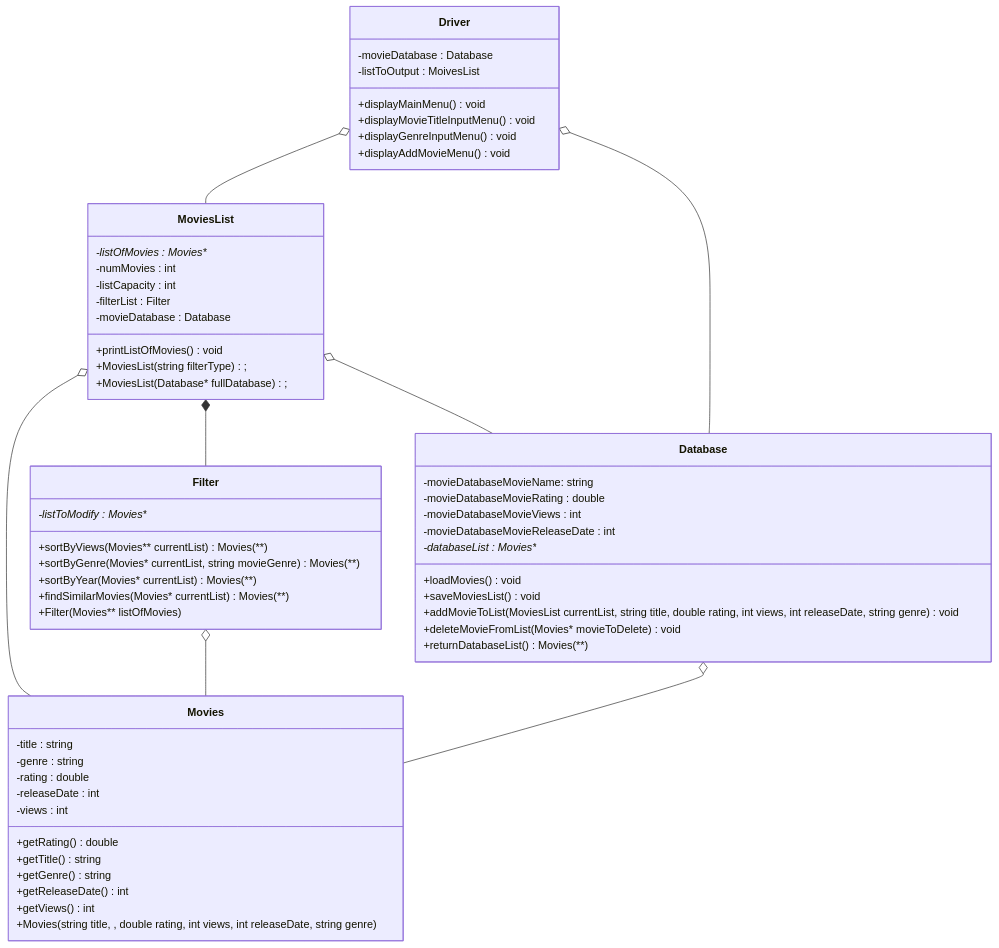
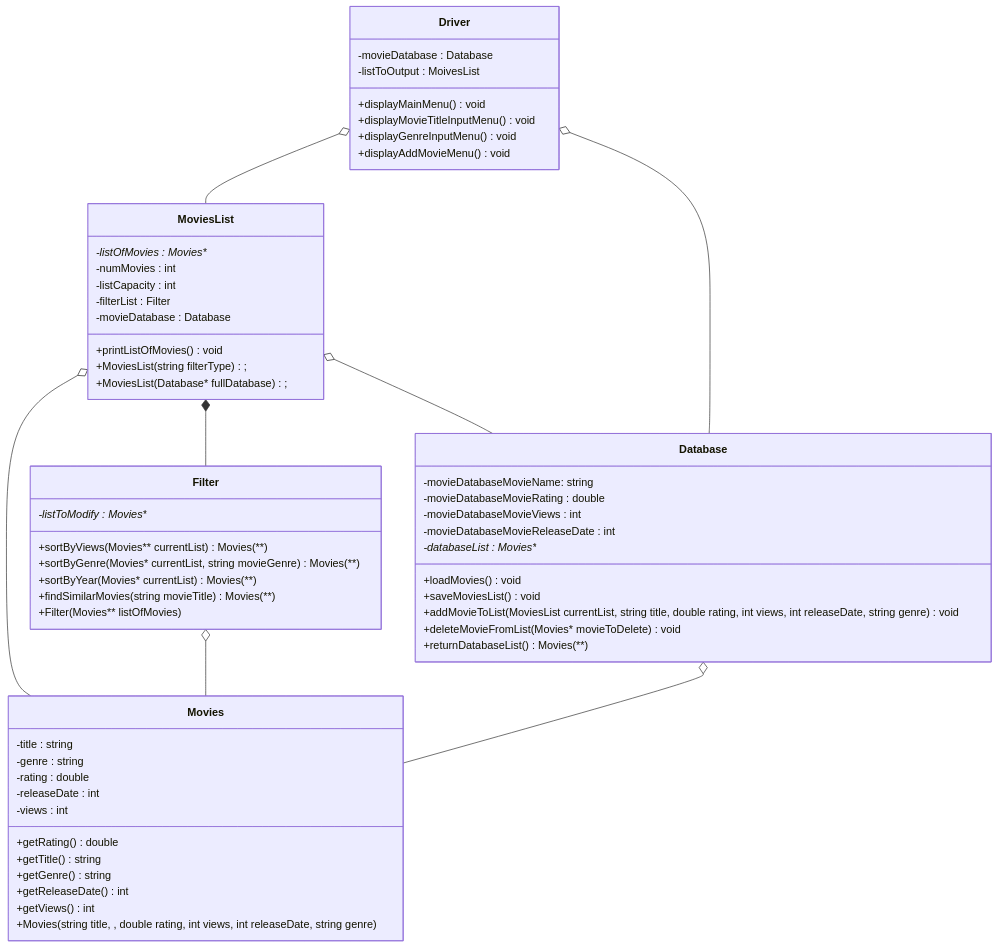
The diagram in README.md (ssant096/Movie-Recommeder), drawn with Mermaid before and after one commit.

Commit message:
Update UML

````diff
--- a/README.md
+++ b/README.md
@@ -19,63 +19,63 @@
 ```mermaid
  classDiagram
  MoviesList o-- Movies
  MoviesList *-- Filter
  Driver o-- MoviesList
  MoviesList o-- Database
  Driver o-- Database
  Filter o-- Movies
  Database o-- Movies
  
  class Driver{
    -movieDatabase : Database
    -listToOutput : MoivesList
    +displayMainMenu() void
    +displayMovieTitleInputMenu() void
    +displayGenreInputMenu() void
    +displayAddMovieMenu() void
  }
  class Database{
    -movieDatabaseMovieName: string
    -movieDatabaseMovieRating : double
    -movieDatabaseMovieViews : int
    -movieDatabaseMovieReleaseDate : int
    -databaseList : Movies**
    +loadMovies() void
    +saveMoviesList() void
    +addMovieToList(MoviesList currentList, string title, double rating, int views, int releaseDate, string genre) void
    +deleteMovieFromList(Movies* movieToDelete) void
    +returnDatabaseList() : Movies(**)
  }
  class Movies{
    -title : string
    -genre : string
    -rating : double
    -releaseDate : int
    -views : int
    +getRating() double
    +getTitle() string
    +getGenre() string
    +getReleaseDate() int
    +getViews() int
    +Movies(string title, , double rating, int views, int releaseDate, string genre) 
  }
  class MoviesList{
    -listOfMovies : Movies**
    -numMovies : int
    -listCapacity : int
    -filterList : Filter
    -movieDatabase : Database
    +printListOfMovies() void
    +MoviesList(string filterType);
    +MoviesList(Database* fullDatabase);
  }
  class Filter{
    -listToModify : Movies**
    +sortByViews(Movies** currentList) : Movies(**)
    +sortByGenre(Movies* currentList, string movieGenre) : Movies(**)
    +sortByYear(Movies* currentList) : Movies(**)
-   +findSimilarMovies(Movies* currentList) : Movies(**)
+   +findSimilarMovies(string movieTitle) : Movies(**)
    +Filter(Movies** listOfMovies)
  }
  
  ```
````
